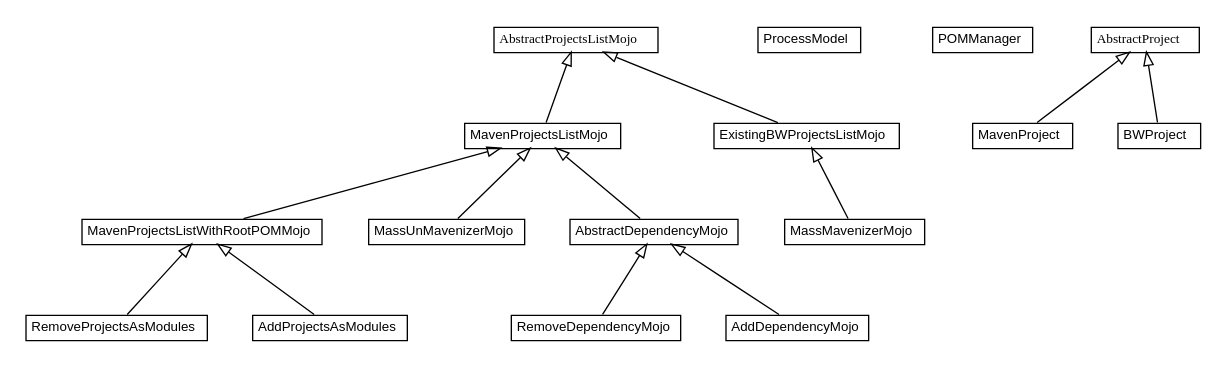
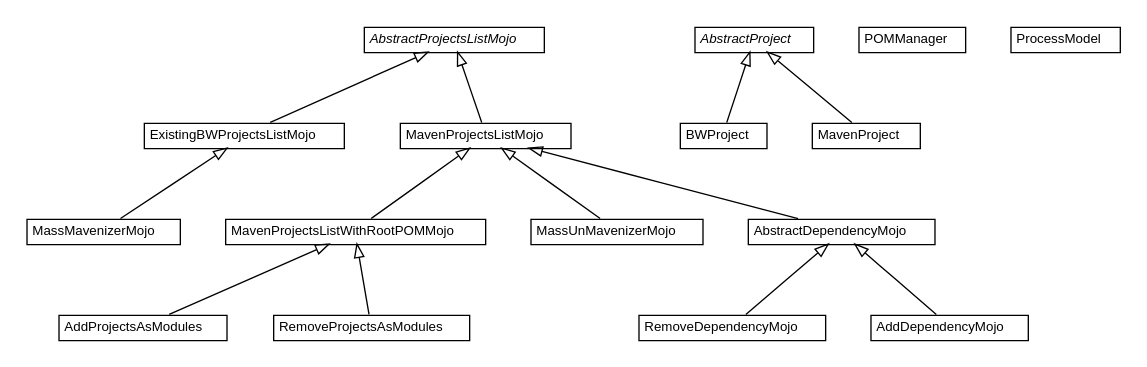
One commit to fastconnect/tibco-factory changed the diagram in bw-maven-plugin/apidocs/fr/fastconnect/factory/tibco/bw/maven/source/fr.fastconnect.factory.tibco.bw.maven.source.dot. Above: the diagram before and after it, drawn with Graphviz. The commit also changed 380 other files, not shown here.

```diff
--- a/bw-maven-plugin/apidocs/fr/fastconnect/factory/tibco/bw/maven/source/fr.fastconnect.factory.tibco.bw.maven.source.dot
+++ b/bw-maven-plugin/apidocs/fr/fastconnect/factory/tibco/bw/maven/source/fr.fastconnect.factory.tibco.bw.maven.source.dot
@@ -5,128 +5,128 @@
 #
 
 digraph G {
-	edge [fontname="arial",fontsize=10,labelfontname="arial",labelfontsize=10];
-	node [fontname="arial",fontsize=10,shape=plaintext];
+	edge [fontname="Helvetica",fontsize=10,labelfontname="Helvetica",labelfontsize=10];
+	node [fontname="Helvetica",fontsize=10,shape=plaintext];
 	nodesep=0.25;
 	ranksep=0.5;
+	// fr.fastconnect.factory.tibco.bw.maven.source.AddProjectsAsModules
+	c0 [label=<<table title="fr.fastconnect.factory.tibco.bw.maven.source.AddProjectsAsModules" border="0" cellborder="1" cellspacing="0" cellpadding="2" port="p" href="./AddProjectsAsModules.html">
+		<tr><td><table border="0" cellspacing="0" cellpadding="1">
+<tr><td align="center" balign="center"> AddProjectsAsModules </td></tr>
+		</table></td></tr>
+		</table>>, URL="./AddProjectsAsModules.html", fontname="Helvetica", fontcolor="black", fontsize=10.0];
+	// fr.fastconnect.factory.tibco.bw.maven.source.RemoveDependencyMojo
+	c1 [label=<<table title="fr.fastconnect.factory.tibco.bw.maven.source.RemoveDependencyMojo" border="0" cellborder="1" cellspacing="0" cellpadding="2" port="p" href="./RemoveDependencyMojo.html">
+		<tr><td><table border="0" cellspacing="0" cellpadding="1">
+<tr><td align="center" balign="center"> RemoveDependencyMojo </td></tr>
+		</table></td></tr>
+		</table>>, URL="./RemoveDependencyMojo.html", fontname="Helvetica", fontcolor="black", fontsize=10.0];
+	// fr.fastconnect.factory.tibco.bw.maven.source.ExistingBWProjectsListMojo
+	c2 [label=<<table title="fr.fastconnect.factory.tibco.bw.maven.source.ExistingBWProjectsListMojo" border="0" cellborder="1" cellspacing="0" cellpadding="2" port="p" href="./ExistingBWProjectsListMojo.html">
+		<tr><td><table border="0" cellspacing="0" cellpadding="1">
+<tr><td align="center" balign="center"> ExistingBWProjectsListMojo </td></tr>
+		</table></td></tr>
+		</table>>, URL="./ExistingBWProjectsListMojo.html", fontname="Helvetica", fontcolor="black", fontsize=10.0];
+	// fr.fastconnect.factory.tibco.bw.maven.source.ExistingBWProjectsListMojo.BWProject
+	c3 [label=<<table title="fr.fastconnect.factory.tibco.bw.maven.source.ExistingBWProjectsListMojo.BWProject" border="0" cellborder="1" cellspacing="0" cellpadding="2" port="p" href="./ExistingBWProjectsListMojo.BWProject.html">
+		<tr><td><table border="0" cellspacing="0" cellpadding="1">
+<tr><td align="center" balign="center"> BWProject </td></tr>
+		</table></td></tr>
+		</table>>, URL="./ExistingBWProjectsListMojo.BWProject.html", fontname="Helvetica", fontcolor="black", fontsize=10.0];
+	// fr.fastconnect.factory.tibco.bw.maven.source.MavenProjectsListWithRootPOMMojo
+	c4 [label=<<table title="fr.fastconnect.factory.tibco.bw.maven.source.MavenProjectsListWithRootPOMMojo" border="0" cellborder="1" cellspacing="0" cellpadding="2" port="p" href="./MavenProjectsListWithRootPOMMojo.html">
+		<tr><td><table border="0" cellspacing="0" cellpadding="1">
+<tr><td align="center" balign="center"> MavenProjectsListWithRootPOMMojo </td></tr>
+		</table></td></tr>
+		</table>>, URL="./MavenProjectsListWithRootPOMMojo.html", fontname="Helvetica", fontcolor="black", fontsize=10.0];
+	// fr.fastconnect.factory.tibco.bw.maven.source.POMManager
+	c5 [label=<<table title="fr.fastconnect.factory.tibco.bw.maven.source.POMManager" border="0" cellborder="1" cellspacing="0" cellpadding="2" port="p" href="./POMManager.html">
+		<tr><td><table border="0" cellspacing="0" cellpadding="1">
+<tr><td align="center" balign="center"> POMManager </td></tr>
+		</table></td></tr>
+		</table>>, URL="./POMManager.html", fontname="Helvetica", fontcolor="black", fontsize=10.0];
+	// fr.fastconnect.factory.tibco.bw.maven.source.ProcessModel
+	c6 [label=<<table title="fr.fastconnect.factory.tibco.bw.maven.source.ProcessModel" border="0" cellborder="1" cellspacing="0" cellpadding="2" port="p" href="./ProcessModel.html">
+		<tr><td><table border="0" cellspacing="0" cellpadding="1">
+<tr><td align="center" balign="center"> ProcessModel </td></tr>
+		</table></td></tr>
+		</table>>, URL="./ProcessModel.html", fontname="Helvetica", fontcolor="black", fontsize=10.0];
+	// fr.fastconnect.factory.tibco.bw.maven.source.MavenProjectsListMojo
+	c7 [label=<<table title="fr.fastconnect.factory.tibco.bw.maven.source.MavenProjectsListMojo" border="0" cellborder="1" cellspacing="0" cellpadding="2" port="p" href="./MavenProjectsListMojo.html">
+		<tr><td><table border="0" cellspacing="0" cellpadding="1">
+<tr><td align="center" balign="center"> MavenProjectsListMojo </td></tr>
+		</table></td></tr>
+		</table>>, URL="./MavenProjectsListMojo.html", fontname="Helvetica", fontcolor="black", fontsize=10.0];
+	// fr.fastconnect.factory.tibco.bw.maven.source.MavenProjectsListMojo.MavenProject
+	c8 [label=<<table title="fr.fastconnect.factory.tibco.bw.maven.source.MavenProjectsListMojo.MavenProject" border="0" cellborder="1" cellspacing="0" cellpadding="2" port="p" href="./MavenProjectsListMojo.MavenProject.html">
+		<tr><td><table border="0" cellspacing="0" cellpadding="1">
+<tr><td align="center" balign="center"> MavenProject </td></tr>
+		</table></td></tr>
+		</table>>, URL="./MavenProjectsListMojo.MavenProject.html", fontname="Helvetica", fontcolor="black", fontsize=10.0];
 	// fr.fastconnect.factory.tibco.bw.maven.source.RemoveProjectsAsModules
-	c513 [label=<<table title="fr.fastconnect.factory.tibco.bw.maven.source.RemoveProjectsAsModules" border="0" cellborder="1" cellspacing="0" cellpadding="2" port="p" href="./RemoveProjectsAsModules.html">
+	c9 [label=<<table title="fr.fastconnect.factory.tibco.bw.maven.source.RemoveProjectsAsModules" border="0" cellborder="1" cellspacing="0" cellpadding="2" port="p" href="./RemoveProjectsAsModules.html">
 		<tr><td><table border="0" cellspacing="0" cellpadding="1">
 <tr><td align="center" balign="center"> RemoveProjectsAsModules </td></tr>
 		</table></td></tr>
-		</table>>, URL="./RemoveProjectsAsModules.html", fontname="arial", fontcolor="black", fontsize=10.0];
-	// fr.fastconnect.factory.tibco.bw.maven.source.RemoveDependencyMojo
-	c514 [label=<<table title="fr.fastconnect.factory.tibco.bw.maven.source.RemoveDependencyMojo" border="0" cellborder="1" cellspacing="0" cellpadding="2" port="p" href="./RemoveDependencyMojo.html">
-		<tr><td><table border="0" cellspacing="0" cellpadding="1">
-<tr><td align="center" balign="center"> RemoveDependencyMojo </td></tr>
-		</table></td></tr>
-		</table>>, URL="./RemoveDependencyMojo.html", fontname="arial", fontcolor="black", fontsize=10.0];
-	// fr.fastconnect.factory.tibco.bw.maven.source.ProcessModel
-	c515 [label=<<table title="fr.fastconnect.factory.tibco.bw.maven.source.ProcessModel" border="0" cellborder="1" cellspacing="0" cellpadding="2" port="p" href="./ProcessModel.html">
-		<tr><td><table border="0" cellspacing="0" cellpadding="1">
-<tr><td align="center" balign="center"> ProcessModel </td></tr>
-		</table></td></tr>
-		</table>>, URL="./ProcessModel.html", fontname="arial", fontcolor="black", fontsize=10.0];
-	// fr.fastconnect.factory.tibco.bw.maven.source.POMManager
-	c516 [label=<<table title="fr.fastconnect.factory.tibco.bw.maven.source.POMManager" border="0" cellborder="1" cellspacing="0" cellpadding="2" port="p" href="./POMManager.html">
-		<tr><td><table border="0" cellspacing="0" cellpadding="1">
-<tr><td align="center" balign="center"> POMManager </td></tr>
-		</table></td></tr>
-		</table>>, URL="./POMManager.html", fontname="arial", fontcolor="black", fontsize=10.0];
-	// fr.fastconnect.factory.tibco.bw.maven.source.MavenProjectsListWithRootPOMMojo
-	c517 [label=<<table title="fr.fastconnect.factory.tibco.bw.maven.source.MavenProjectsListWithRootPOMMojo" border="0" cellborder="1" cellspacing="0" cellpadding="2" port="p" href="./MavenProjectsListWithRootPOMMojo.html">
-		<tr><td><table border="0" cellspacing="0" cellpadding="1">
-<tr><td align="center" balign="center"> MavenProjectsListWithRootPOMMojo </td></tr>
-		</table></td></tr>
-		</table>>, URL="./MavenProjectsListWithRootPOMMojo.html", fontname="arial", fontcolor="black", fontsize=10.0];
-	// fr.fastconnect.factory.tibco.bw.maven.source.MavenProjectsListMojo
-	c518 [label=<<table title="fr.fastconnect.factory.tibco.bw.maven.source.MavenProjectsListMojo" border="0" cellborder="1" cellspacing="0" cellpadding="2" port="p" href="./MavenProjectsListMojo.html">
-		<tr><td><table border="0" cellspacing="0" cellpadding="1">
-<tr><td align="center" balign="center"> MavenProjectsListMojo </td></tr>
-		</table></td></tr>
-		</table>>, URL="./MavenProjectsListMojo.html", fontname="arial", fontcolor="black", fontsize=10.0];
-	// fr.fastconnect.factory.tibco.bw.maven.source.MavenProjectsListMojo.MavenProject
-	c519 [label=<<table title="fr.fastconnect.factory.tibco.bw.maven.source.MavenProjectsListMojo.MavenProject" border="0" cellborder="1" cellspacing="0" cellpadding="2" port="p" href="./MavenProjectsListMojo.MavenProject.html">
-		<tr><td><table border="0" cellspacing="0" cellpadding="1">
-<tr><td align="center" balign="center"> MavenProject </td></tr>
-		</table></td></tr>
-		</table>>, URL="./MavenProjectsListMojo.MavenProject.html", fontname="arial", fontcolor="black", fontsize=10.0];
+		</table>>, URL="./RemoveProjectsAsModules.html", fontname="Helvetica", fontcolor="black", fontsize=10.0];
 	// fr.fastconnect.factory.tibco.bw.maven.source.MassUnMavenizerMojo
-	c520 [label=<<table title="fr.fastconnect.factory.tibco.bw.maven.source.MassUnMavenizerMojo" border="0" cellborder="1" cellspacing="0" cellpadding="2" port="p" href="./MassUnMavenizerMojo.html">
+	c10 [label=<<table title="fr.fastconnect.factory.tibco.bw.maven.source.MassUnMavenizerMojo" border="0" cellborder="1" cellspacing="0" cellpadding="2" port="p" href="./MassUnMavenizerMojo.html">
 		<tr><td><table border="0" cellspacing="0" cellpadding="1">
 <tr><td align="center" balign="center"> MassUnMavenizerMojo </td></tr>
 		</table></td></tr>
-		</table>>, URL="./MassUnMavenizerMojo.html", fontname="arial", fontcolor="black", fontsize=10.0];
+		</table>>, URL="./MassUnMavenizerMojo.html", fontname="Helvetica", fontcolor="black", fontsize=10.0];
+	// fr.fastconnect.factory.tibco.bw.maven.source.AddDependencyMojo
+	c11 [label=<<table title="fr.fastconnect.factory.tibco.bw.maven.source.AddDependencyMojo" border="0" cellborder="1" cellspacing="0" cellpadding="2" port="p" href="./AddDependencyMojo.html">
+		<tr><td><table border="0" cellspacing="0" cellpadding="1">
+<tr><td align="center" balign="center"> AddDependencyMojo </td></tr>
+		</table></td></tr>
+		</table>>, URL="./AddDependencyMojo.html", fontname="Helvetica", fontcolor="black", fontsize=10.0];
 	// fr.fastconnect.factory.tibco.bw.maven.source.MassMavenizerMojo
-	c521 [label=<<table title="fr.fastconnect.factory.tibco.bw.maven.source.MassMavenizerMojo" border="0" cellborder="1" cellspacing="0" cellpadding="2" port="p" href="./MassMavenizerMojo.html">
+	c12 [label=<<table title="fr.fastconnect.factory.tibco.bw.maven.source.MassMavenizerMojo" border="0" cellborder="1" cellspacing="0" cellpadding="2" port="p" href="./MassMavenizerMojo.html">
 		<tr><td><table border="0" cellspacing="0" cellpadding="1">
 <tr><td align="center" balign="center"> MassMavenizerMojo </td></tr>
 		</table></td></tr>
-		</table>>, URL="./MassMavenizerMojo.html", fontname="arial", fontcolor="black", fontsize=10.0];
-	// fr.fastconnect.factory.tibco.bw.maven.source.ExistingBWProjectsListMojo
-	c522 [label=<<table title="fr.fastconnect.factory.tibco.bw.maven.source.ExistingBWProjectsListMojo" border="0" cellborder="1" cellspacing="0" cellpadding="2" port="p" href="./ExistingBWProjectsListMojo.html">
+		</table>>, URL="./MassMavenizerMojo.html", fontname="Helvetica", fontcolor="black", fontsize=10.0];
+	// fr.fastconnect.factory.tibco.bw.maven.source.AbstractProjectsListMojo
+	c13 [label=<<table title="fr.fastconnect.factory.tibco.bw.maven.source.AbstractProjectsListMojo" border="0" cellborder="1" cellspacing="0" cellpadding="2" port="p" href="./AbstractProjectsListMojo.html">
 		<tr><td><table border="0" cellspacing="0" cellpadding="1">
-<tr><td align="center" balign="center"> ExistingBWProjectsListMojo </td></tr>
+<tr><td align="center" balign="center"><font face="Helvetica-Oblique"> AbstractProjectsListMojo </font></td></tr>
 		</table></td></tr>
-		</table>>, URL="./ExistingBWProjectsListMojo.html", fontname="arial", fontcolor="black", fontsize=10.0];
-	// fr.fastconnect.factory.tibco.bw.maven.source.ExistingBWProjectsListMojo.BWProject
-	c523 [label=<<table title="fr.fastconnect.factory.tibco.bw.maven.source.ExistingBWProjectsListMojo.BWProject" border="0" cellborder="1" cellspacing="0" cellpadding="2" port="p" href="./ExistingBWProjectsListMojo.BWProject.html">
+		</table>>, URL="./AbstractProjectsListMojo.html", fontname="Helvetica", fontcolor="black", fontsize=10.0];
+	// fr.fastconnect.factory.tibco.bw.maven.source.AbstractProjectsListMojo.AbstractProject
+	c14 [label=<<table title="fr.fastconnect.factory.tibco.bw.maven.source.AbstractProjectsListMojo.AbstractProject" border="0" cellborder="1" cellspacing="0" cellpadding="2" port="p" href="./AbstractProjectsListMojo.AbstractProject.html">
 		<tr><td><table border="0" cellspacing="0" cellpadding="1">
-<tr><td align="center" balign="center"> BWProject </td></tr>
+<tr><td align="center" balign="center"><font face="Helvetica-Oblique"> AbstractProject </font></td></tr>
 		</table></td></tr>
-		</table>>, URL="./ExistingBWProjectsListMojo.BWProject.html", fontname="arial", fontcolor="black", fontsize=10.0];
-	// fr.fastconnect.factory.tibco.bw.maven.source.AddProjectsAsModules
-	c524 [label=<<table title="fr.fastconnect.factory.tibco.bw.maven.source.AddProjectsAsModules" border="0" cellborder="1" cellspacing="0" cellpadding="2" port="p" href="./AddProjectsAsModules.html">
-		<tr><td><table border="0" cellspacing="0" cellpadding="1">
-<tr><td align="center" balign="center"> AddProjectsAsModules </td></tr>
-		</table></td></tr>
-		</table>>, URL="./AddProjectsAsModules.html", fontname="arial", fontcolor="black", fontsize=10.0];
-	// fr.fastconnect.factory.tibco.bw.maven.source.AddDependencyMojo
-	c525 [label=<<table title="fr.fastconnect.factory.tibco.bw.maven.source.AddDependencyMojo" border="0" cellborder="1" cellspacing="0" cellpadding="2" port="p" href="./AddDependencyMojo.html">
-		<tr><td><table border="0" cellspacing="0" cellpadding="1">
-<tr><td align="center" balign="center"> AddDependencyMojo </td></tr>
-		</table></td></tr>
-		</table>>, URL="./AddDependencyMojo.html", fontname="arial", fontcolor="black", fontsize=10.0];
-	// fr.fastconnect.factory.tibco.bw.maven.source.AbstractProjectsListMojo
-	c526 [label=<<table title="fr.fastconnect.factory.tibco.bw.maven.source.AbstractProjectsListMojo" border="0" cellborder="1" cellspacing="0" cellpadding="2" port="p" href="./AbstractProjectsListMojo.html">
-		<tr><td><table border="0" cellspacing="0" cellpadding="1">
-<tr><td align="center" balign="center"><font face="arial italic"> AbstractProjectsListMojo </font></td></tr>
-		</table></td></tr>
-		</table>>, URL="./AbstractProjectsListMojo.html", fontname="arial", fontcolor="black", fontsize=10.0];
-	// fr.fastconnect.factory.tibco.bw.maven.source.AbstractProjectsListMojo.AbstractProject
-	c527 [label=<<table title="fr.fastconnect.factory.tibco.bw.maven.source.AbstractProjectsListMojo.AbstractProject" border="0" cellborder="1" cellspacing="0" cellpadding="2" port="p" href="./AbstractProjectsListMojo.AbstractProject.html">
-		<tr><td><table border="0" cellspacing="0" cellpadding="1">
-<tr><td align="center" balign="center"><font face="arial italic"> AbstractProject </font></td></tr>
-		</table></td></tr>
-		</table>>, URL="./AbstractProjectsListMojo.AbstractProject.html", fontname="arial", fontcolor="black", fontsize=10.0];
+		</table>>, URL="./AbstractProjectsListMojo.AbstractProject.html", fontname="Helvetica", fontcolor="black", fontsize=10.0];
 	// fr.fastconnect.factory.tibco.bw.maven.source.AbstractDependencyMojo
-	c528 [label=<<table title="fr.fastconnect.factory.tibco.bw.maven.source.AbstractDependencyMojo" border="0" cellborder="1" cellspacing="0" cellpadding="2" port="p" href="./AbstractDependencyMojo.html">
+	c15 [label=<<table title="fr.fastconnect.factory.tibco.bw.maven.source.AbstractDependencyMojo" border="0" cellborder="1" cellspacing="0" cellpadding="2" port="p" href="./AbstractDependencyMojo.html">
 		<tr><td><table border="0" cellspacing="0" cellpadding="1">
 <tr><td align="center" balign="center"> AbstractDependencyMojo </td></tr>
 		</table></td></tr>
-		</table>>, URL="./AbstractDependencyMojo.html", fontname="arial", fontcolor="black", fontsize=10.0];
+		</table>>, URL="./AbstractDependencyMojo.html", fontname="Helvetica", fontcolor="black", fontsize=10.0];
+	//fr.fastconnect.factory.tibco.bw.maven.source.AddProjectsAsModules extends fr.fastconnect.factory.tibco.bw.maven.source.MavenProjectsListWithRootPOMMojo
+	c4:p -> c0:p [dir=back,arrowtail=empty];
+	//fr.fastconnect.factory.tibco.bw.maven.source.RemoveDependencyMojo extends fr.fastconnect.factory.tibco.bw.maven.source.AbstractDependencyMojo
+	c15:p -> c1:p [dir=back,arrowtail=empty];
+	//fr.fastconnect.factory.tibco.bw.maven.source.ExistingBWProjectsListMojo extends fr.fastconnect.factory.tibco.bw.maven.source.AbstractProjectsListMojo
+	c13:p -> c2:p [dir=back,arrowtail=empty];
+	//fr.fastconnect.factory.tibco.bw.maven.source.ExistingBWProjectsListMojo.BWProject extends fr.fastconnect.factory.tibco.bw.maven.source.AbstractProjectsListMojo.AbstractProject
+	c14:p -> c3:p [dir=back,arrowtail=empty];
+	//fr.fastconnect.factory.tibco.bw.maven.source.MavenProjectsListWithRootPOMMojo extends fr.fastconnect.factory.tibco.bw.maven.source.MavenProjectsListMojo
+	c7:p -> c4:p [dir=back,arrowtail=empty];
+	//fr.fastconnect.factory.tibco.bw.maven.source.MavenProjectsListMojo extends fr.fastconnect.factory.tibco.bw.maven.source.AbstractProjectsListMojo
+	c13:p -> c7:p [dir=back,arrowtail=empty];
+	//fr.fastconnect.factory.tibco.bw.maven.source.MavenProjectsListMojo.MavenProject extends fr.fastconnect.factory.tibco.bw.maven.source.AbstractProjectsListMojo.AbstractProject
+	c14:p -> c8:p [dir=back,arrowtail=empty];
 	//fr.fastconnect.factory.tibco.bw.maven.source.RemoveProjectsAsModules extends fr.fastconnect.factory.tibco.bw.maven.source.MavenProjectsListWithRootPOMMojo
-	c517:p -> c513:p [dir=back,arrowtail=empty];
-	//fr.fastconnect.factory.tibco.bw.maven.source.RemoveDependencyMojo extends fr.fastconnect.factory.tibco.bw.maven.source.AbstractDependencyMojo
-	c528:p -> c514:p [dir=back,arrowtail=empty];
-	//fr.fastconnect.factory.tibco.bw.maven.source.MavenProjectsListWithRootPOMMojo extends fr.fastconnect.factory.tibco.bw.maven.source.MavenProjectsListMojo
-	c518:p -> c517:p [dir=back,arrowtail=empty];
-	//fr.fastconnect.factory.tibco.bw.maven.source.MavenProjectsListMojo extends fr.fastconnect.factory.tibco.bw.maven.source.AbstractProjectsListMojo
-	c526:p -> c518:p [dir=back,arrowtail=empty];
-	//fr.fastconnect.factory.tibco.bw.maven.source.MavenProjectsListMojo.MavenProject extends fr.fastconnect.factory.tibco.bw.maven.source.AbstractProjectsListMojo.AbstractProject
-	c527:p -> c519:p [dir=back,arrowtail=empty];
+	c4:p -> c9:p [dir=back,arrowtail=empty];
 	//fr.fastconnect.factory.tibco.bw.maven.source.MassUnMavenizerMojo extends fr.fastconnect.factory.tibco.bw.maven.source.MavenProjectsListMojo
-	c518:p -> c520:p [dir=back,arrowtail=empty];
+	c7:p -> c10:p [dir=back,arrowtail=empty];
+	//fr.fastconnect.factory.tibco.bw.maven.source.AddDependencyMojo extends fr.fastconnect.factory.tibco.bw.maven.source.AbstractDependencyMojo
+	c15:p -> c11:p [dir=back,arrowtail=empty];
 	//fr.fastconnect.factory.tibco.bw.maven.source.MassMavenizerMojo extends fr.fastconnect.factory.tibco.bw.maven.source.ExistingBWProjectsListMojo
-	c522:p -> c521:p [dir=back,arrowtail=empty];
-	//fr.fastconnect.factory.tibco.bw.maven.source.ExistingBWProjectsListMojo extends fr.fastconnect.factory.tibco.bw.maven.source.AbstractProjectsListMojo
-	c526:p -> c522:p [dir=back,arrowtail=empty];
-	//fr.fastconnect.factory.tibco.bw.maven.source.ExistingBWProjectsListMojo.BWProject extends fr.fastconnect.factory.tibco.bw.maven.source.AbstractProjectsListMojo.AbstractProject
-	c527:p -> c523:p [dir=back,arrowtail=empty];
-	//fr.fastconnect.factory.tibco.bw.maven.source.AddProjectsAsModules extends fr.fastconnect.factory.tibco.bw.maven.source.MavenProjectsListWithRootPOMMojo
-	c517:p -> c524:p [dir=back,arrowtail=empty];
-	//fr.fastconnect.factory.tibco.bw.maven.source.AddDependencyMojo extends fr.fastconnect.factory.tibco.bw.maven.source.AbstractDependencyMojo
-	c528:p -> c525:p [dir=back,arrowtail=empty];
+	c2:p -> c12:p [dir=back,arrowtail=empty];
 	//fr.fastconnect.factory.tibco.bw.maven.source.AbstractDependencyMojo extends fr.fastconnect.factory.tibco.bw.maven.source.MavenProjectsListMojo
-	c518:p -> c528:p [dir=back,arrowtail=empty];
+	c7:p -> c15:p [dir=back,arrowtail=empty];
 }
```
